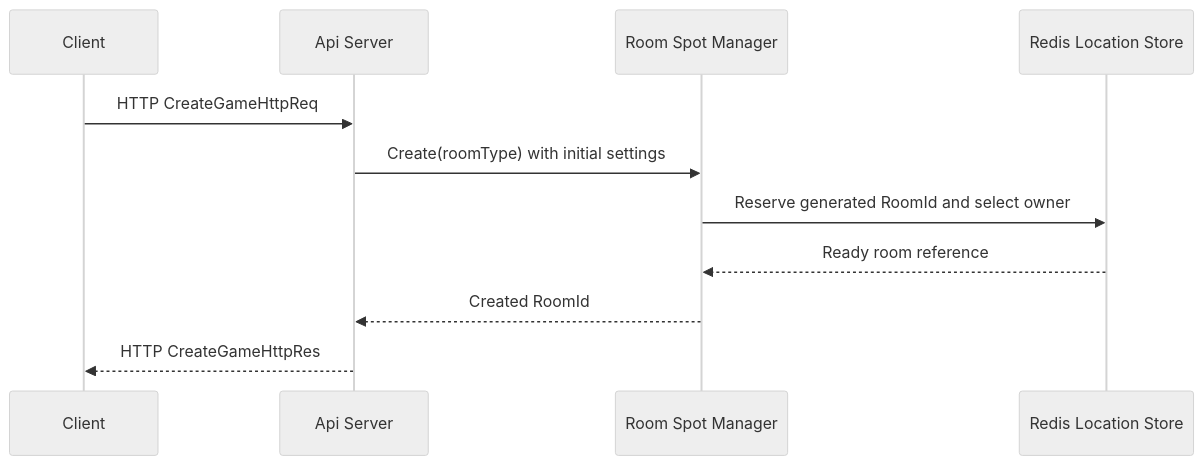
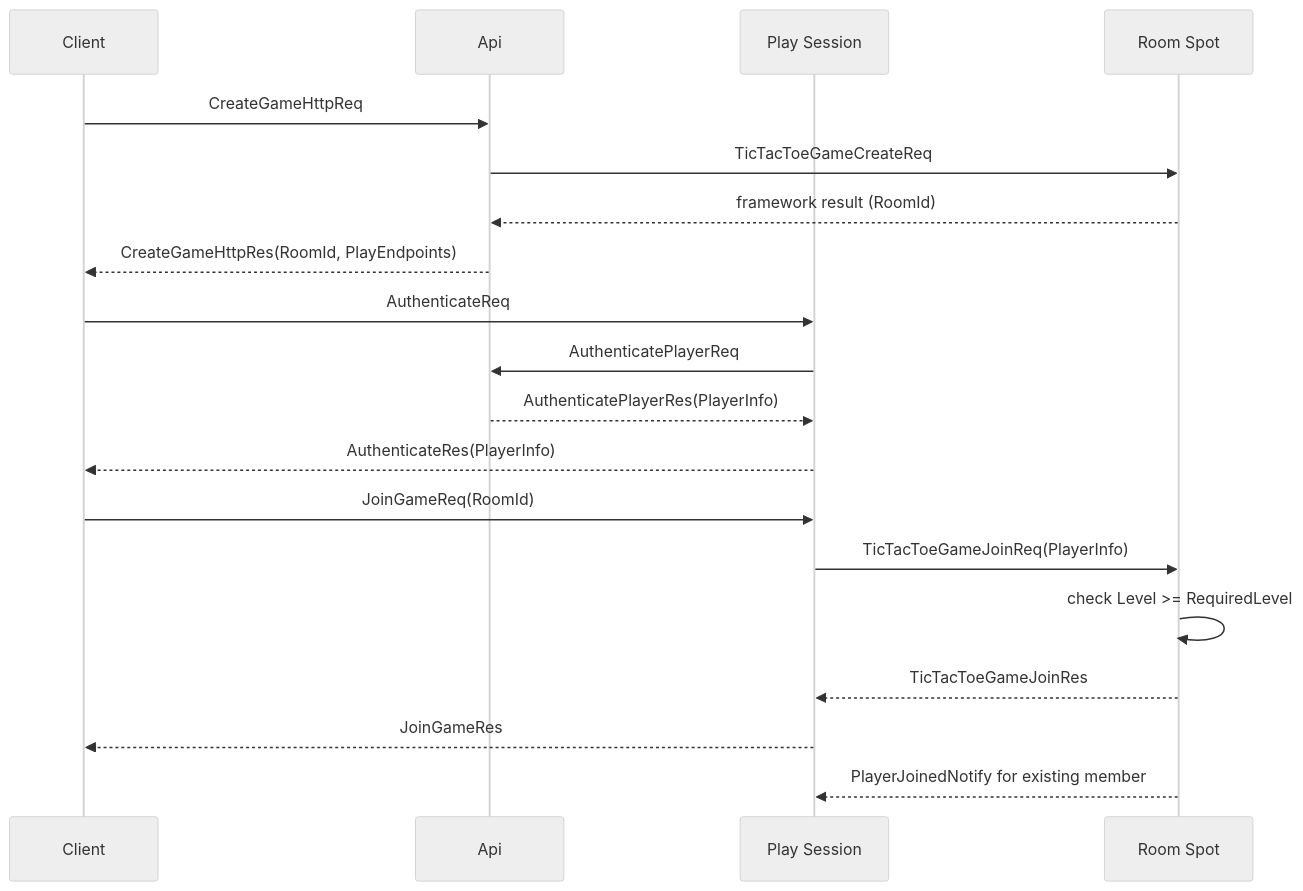
One commit to kairos-code-dev/zlink changed the second of 5 diagrams in framework/doc/framework/common/sample/tictactoe/README.ko.md. Above: the diagram before and after it, drawn with Mermaid (neutral theme). The commit also changed other lines of this file and 39 other files, not shown here.

````diff
--- a/framework/doc/framework/common/sample/tictactoe/README.ko.md
+++ b/framework/doc/framework/common/sample/tictactoe/README.ko.md
@@ -696,14 +320,22 @@
 ```mermaid
 sequenceDiagram
     participant C as Client
-    participant API as Api Server
-    participant ROOMS as Room Spot Manager
-    participant REDIS as Redis Location Store
+    participant API as Api
+    participant P as Play Session
+    participant R as Room Spot
 
-    C->>API: HTTP CreateGameHttpReq
-    API->>ROOMS: Create(roomType) with initial settings
-    ROOMS->>REDIS: Reserve generated RoomId and select owner
-    REDIS-->>ROOMS: Ready room reference
-    ROOMS-->>API: Created RoomId
-    API-->>C: HTTP CreateGameHttpRes
+    C->>API: CreateGameHttpReq
+    API->>R: TicTacToeGameCreateReq
+    R-->>API: framework result (RoomId)
+    API-->>C: CreateGameHttpRes(RoomId, PlayEndpoints)
+    C->>P: AuthenticateReq
+    P->>API: AuthenticatePlayerReq
+    API-->>P: AuthenticatePlayerRes(PlayerInfo)
+    P-->>C: AuthenticateRes(PlayerInfo)
+    C->>P: JoinGameReq(RoomId)
+    P->>R: TicTacToeGameJoinReq(PlayerInfo)
+    R->>R: check Level >= RequiredLevel
+    R-->>P: TicTacToeGameJoinRes
+    P-->>C: JoinGameRes
+    R-->>P: PlayerJoinedNotify for existing member
 ```
````
